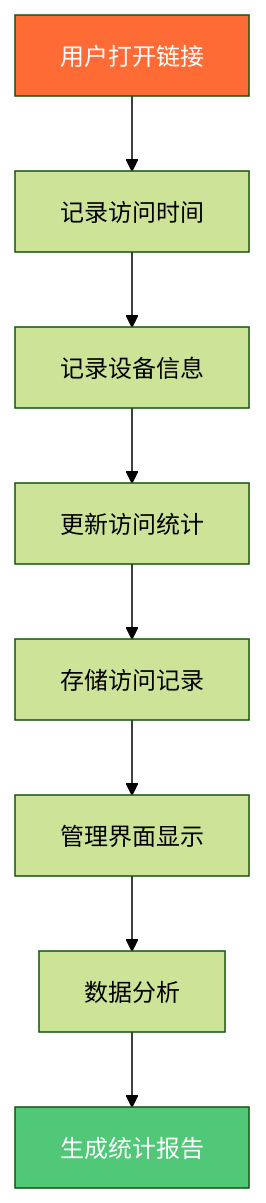
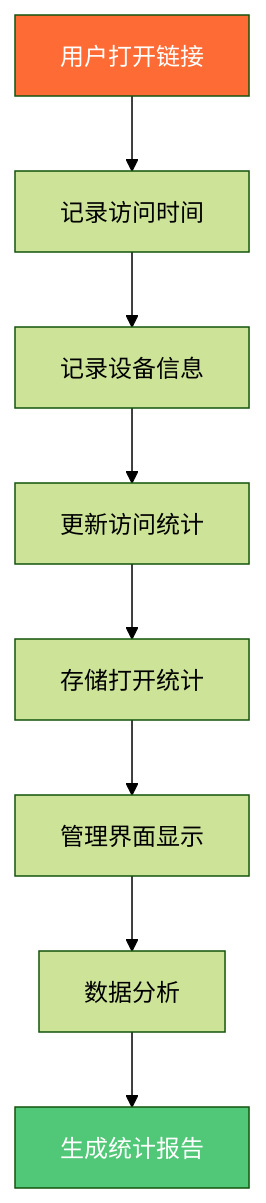
Before and after one commit to mythenigma/cloudflareAstro: the sixth of 12 diagrams in src/content/blog/cn/image-sharing-introduction.md, drawn with Mermaid (forest theme). The commit also changed other lines of this file and 353 other files, not shown here.

````diff
--- a/src/content/blog/cn/image-sharing-introduction.md
+++ b/src/content/blog/cn/image-sharing-introduction.md
@@ -201,13 +201,13 @@
 ```mermaid
 flowchart TD
     A[用户打开链接] --> B[记录访问时间]
     B --> C[记录设备信息]
     C --> D[更新访问统计]
-    D --> E[存储访问记录]
+    D --> E[存储打开统计]
     E --> F[管理界面显示]
     F --> G[数据分析]
     G --> H[生成统计报告]
     
     style A fill:#FF6B35,color:#fff
     style H fill:#50C878,color:#fff
 ```
````
